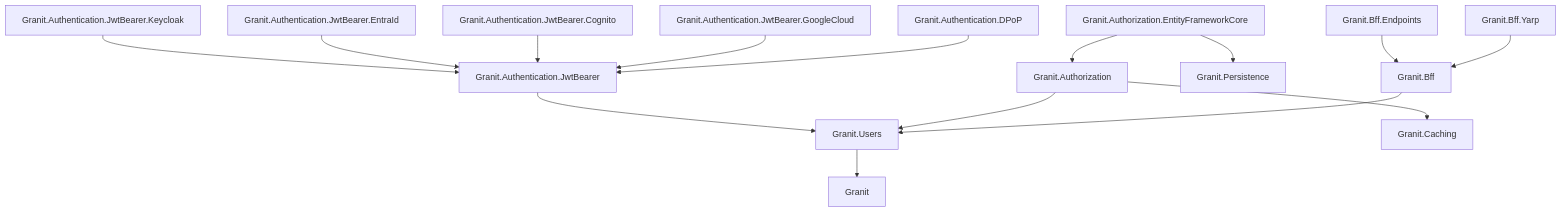
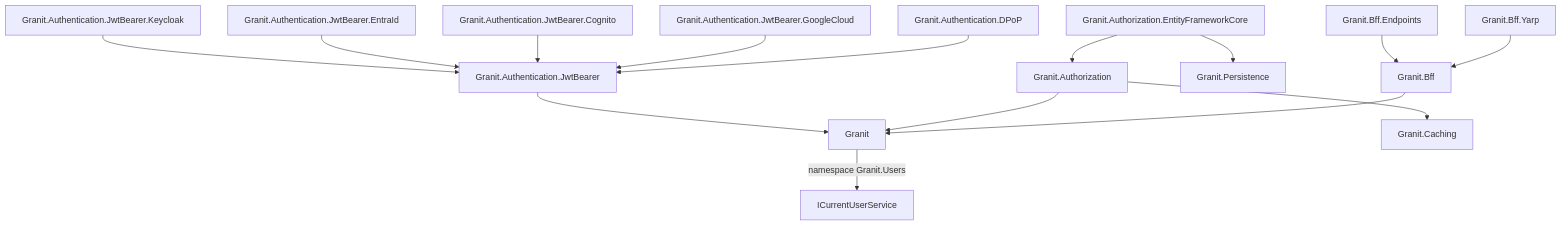
One commit to granit-fx/granit-docs changed the diagram in src/content/docs/dotnet/security/security-overview.mdx. Above: the diagram before and after it, drawn with Mermaid. The commit also changed other lines of this file and 13 other files, not shown here.

````diff
--- a/src/content/docs/dotnet/security/security-overview.mdx
+++ b/src/content/docs/dotnet/security/security-overview.mdx
@@ -82,17 +80,17 @@
 ```mermaid
 graph TD
-    S[Granit.Users] --> C[Granit]
-    JWT[Granit.Authentication.JwtBearer] --> S
+    C[Granit] -->|namespace Granit.Users| ICUS[ICurrentUserService]
+    JWT[Granit.Authentication.JwtBearer] --> C
     KC[Granit.Authentication.JwtBearer.Keycloak] --> JWT
     EID[Granit.Authentication.JwtBearer.EntraId] --> JWT
     CG[Granit.Authentication.JwtBearer.Cognito] --> JWT
     GC[Granit.Authentication.JwtBearer.GoogleCloud] --> JWT
     DPOP[Granit.Authentication.DPoP] --> JWT
-    AZ[Granit.Authorization] --> S
+    AZ[Granit.Authorization] --> C
     AZ --> CA[Granit.Caching]
     AZEF[Granit.Authorization.EntityFrameworkCore] --> AZ
     AZEF --> P[Granit.Persistence]
-    BFF[Granit.Bff] --> S
+    BFF[Granit.Bff] --> C
     BFFE[Granit.Bff.Endpoints] --> BFF
     BFFY[Granit.Bff.Yarp] --> BFF
 ```
````
